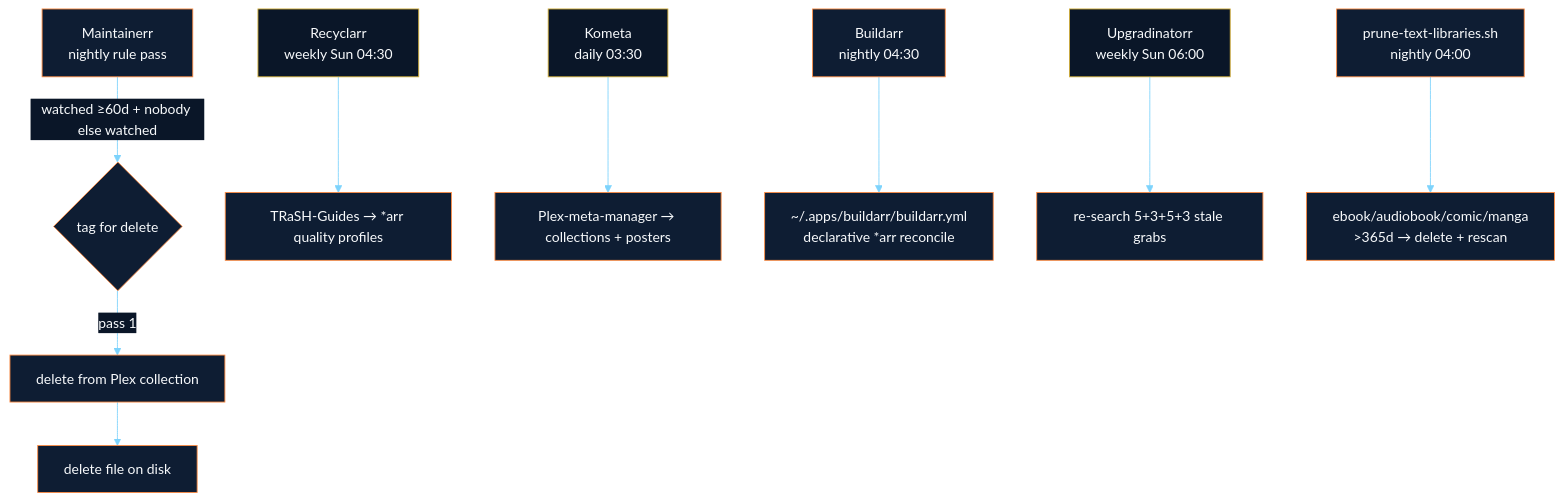
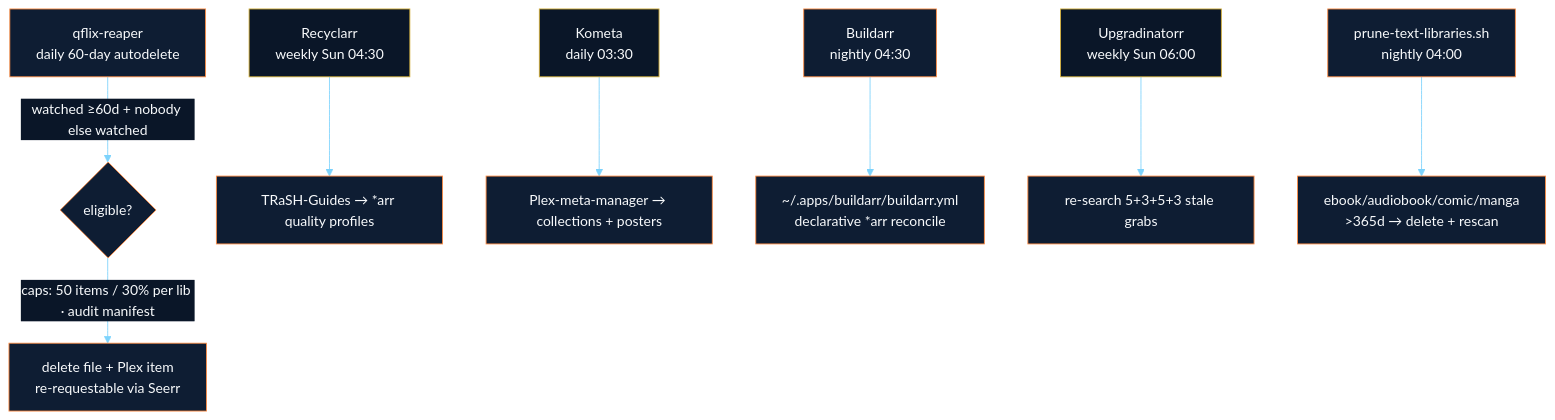
One commit to Quadstronaut/QFlix changed the third of 6 diagrams in README.md. Above: the diagram before and after it, drawn with Mermaid. The commit also changed other lines of this file and 5 other files, not shown here.

First line of the commit message:
docs(audit): full-stack audit 2026-06-24 — green the prowlarr canary, finish Maintainerr→reaper, fix counts

````diff
--- a/README.md
+++ b/README.md
@@ -153,16 +153,15 @@
 ```mermaid
 %%{init: {'theme':'base','themeVariables':{'primaryColor':'#0e1d33','primaryTextColor':'#f8fafc','primaryBorderColor':'#ff8c42','lineColor':'#7dd3fc','secondaryColor':'#05101f','tertiaryColor':'#0a1628','clusterBkg':'#05101f','clusterBorder':'#7dd3fc','edgeLabelBackground':'#0a1628','fontFamily':'Segoe UI, Roboto, sans-serif'}}}%%
 flowchart TB
   classDef nightly fill:#0e1d33,stroke:#ff8c42,color:#f8fafc
   classDef weekly fill:#0a1628,stroke:#d4af37,color:#f8fafc
-  M[Maintainerr<br/>nightly rule pass]:::nightly
-  M -->|watched ≥60d + nobody else watched| del{tag for delete}
-  del -->|pass 1| collDel[delete from Plex collection]
-  collDel --> fileDel[delete file on disk]
+  M[qflix-reaper<br/>daily 60-day autodelete]:::nightly
+  M -->|watched ≥60d + nobody else watched| del{eligible?}
+  del -->|caps: 50 items / 30% per lib · audit manifest| fileDel[delete file + Plex item<br/>re-requestable via Seerr]
 
   R[Recyclarr<br/>weekly Sun 04:30]:::weekly --> trash[TRaSH-Guides → *arr quality profiles]
   K[Kometa<br/>daily 03:30]:::weekly --> meta[Plex-meta-manager → collections + posters]
   B[Buildarr<br/>nightly 04:30]:::nightly --> yaml[~/.apps/buildarr/buildarr.yml<br/>declarative *arr reconcile]
   U[Upgradinatorr<br/>weekly Sun 06:00]:::weekly --> stale[re-search 5+3+5+3 stale grabs]
   PR[prune-text-libraries.sh<br/>nightly 04:00]:::nightly --> txt[ebook/audiobook/comic/manga<br/>>365d → delete + rescan]
 ```
````
